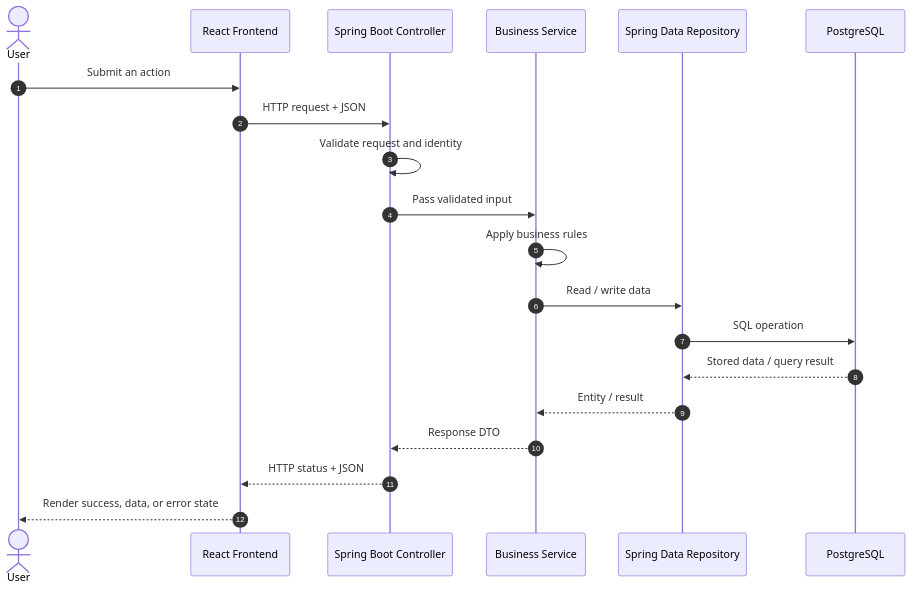
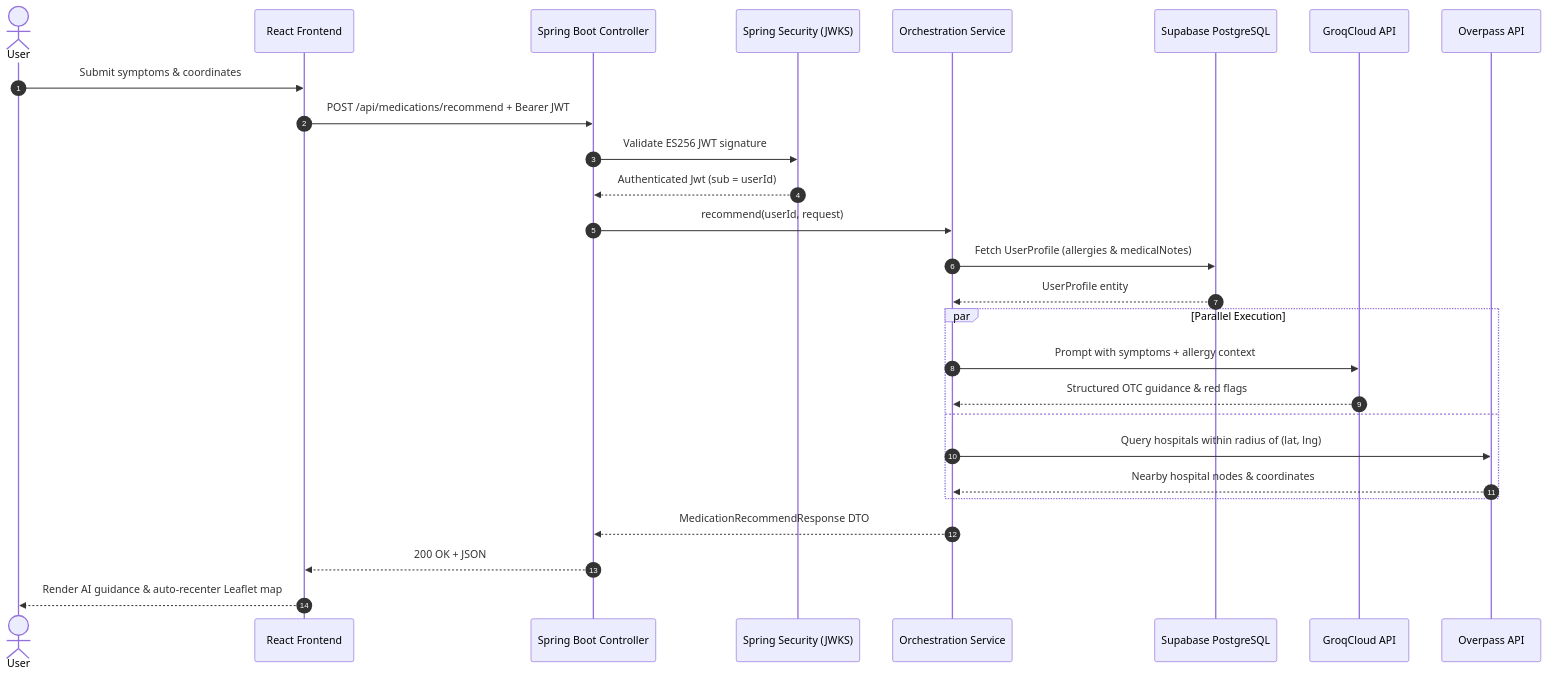
Before and after one commit to rishavscripts/MediConnect: the second of 11 diagrams in README.md, drawn with Mermaid. The commit also changed other lines of this file, not shown here.

````diff
--- a/README.md
+++ b/README.md
@@ -239,23 +190,30 @@
-``` mermaid
+```mermaid
 sequenceDiagram
     autonumber
     actor User
     participant UI as React Frontend
     participant API as Spring Boot Controller
-    participant Service as Business Service
-    participant Repo as Spring Data Repository
-    participant DB as PostgreSQL
+    participant Sec as Spring Security (JWKS)
+    participant Orch as Orchestration Service
+    participant DB as Supabase PostgreSQL
+    participant Groq as GroqCloud API
+    participant OSM as Overpass API
 
-    User->>UI: Submit an action
-    UI->>API: HTTP request + JSON
-    API->>API: Validate request and identity
-    API->>Service: Pass validated input
-    Service->>Service: Apply business rules
-    Service->>Repo: Read / write data
-    Repo->>DB: SQL operation
-    DB-->>Repo: Stored data / query result
-    Repo-->>Service: Entity / result
-    Service-->>API: Response DTO
-    API-->>UI: HTTP status + JSON
-    UI-->>User: Render success, data, or error state
+    User->>UI: Submit symptoms & coordinates
+    UI->>API: POST /api/medications/recommend + Bearer JWT
+    API->>Sec: Validate ES256 JWT signature
+    Sec-->>API: Authenticated Jwt (sub = userId)
+    API->>Orch: recommend(userId, request)
+    Orch->>DB: Fetch UserProfile (allergies & medicalNotes)
+    DB-->>Orch: UserProfile entity
+    par Parallel Execution
+        Orch->>Groq: Prompt with symptoms + allergy context
+        Groq-->>Orch: Structured OTC guidance & red flags
+    and
+        Orch->>OSM: Query hospitals within radius of (lat, lng)
+        OSM-->>Orch: Nearby hospital nodes & coordinates
+    end
+    Orch-->>API: MedicationRecommendResponse DTO
+    API-->>UI: 200 OK + JSON
+    UI-->>User: Render AI guidance & auto-recenter Leaflet map
 ```
````
